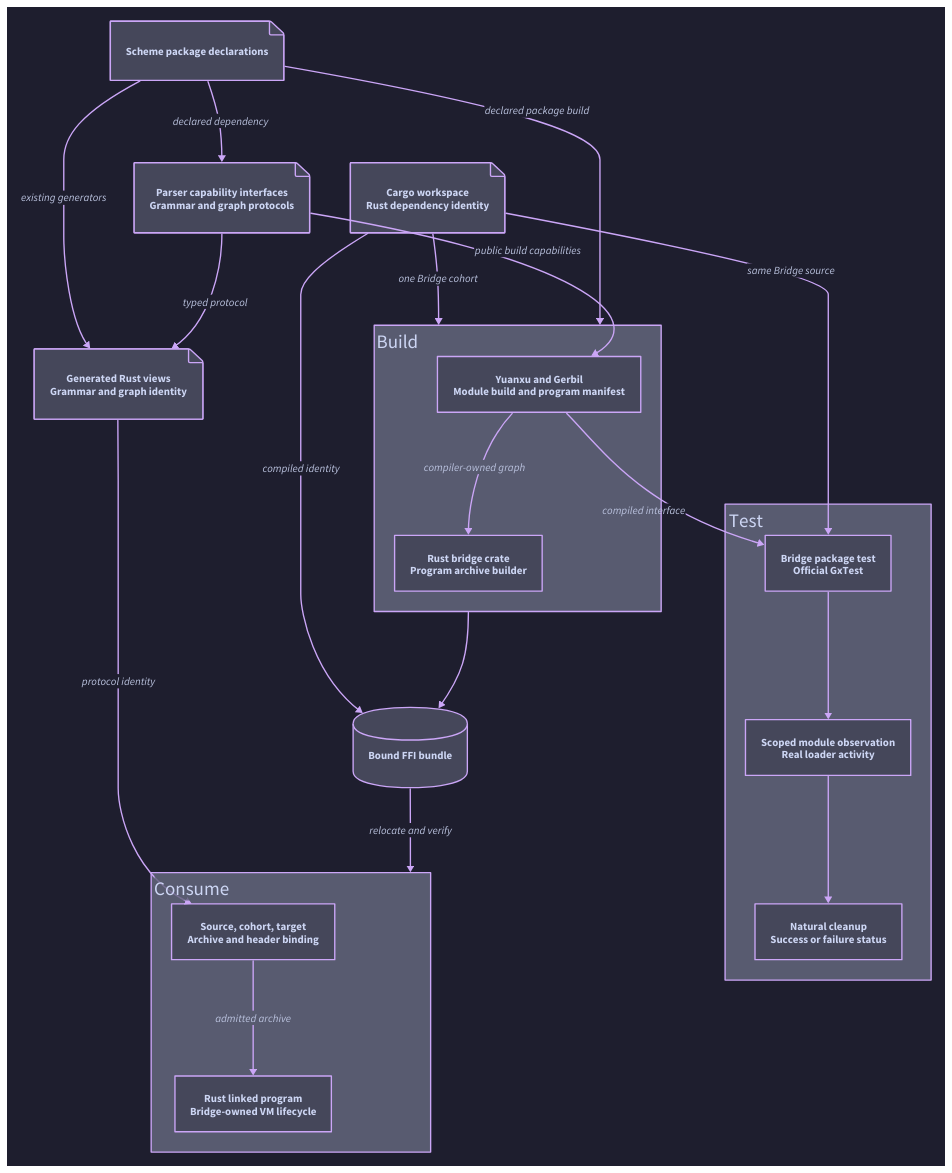
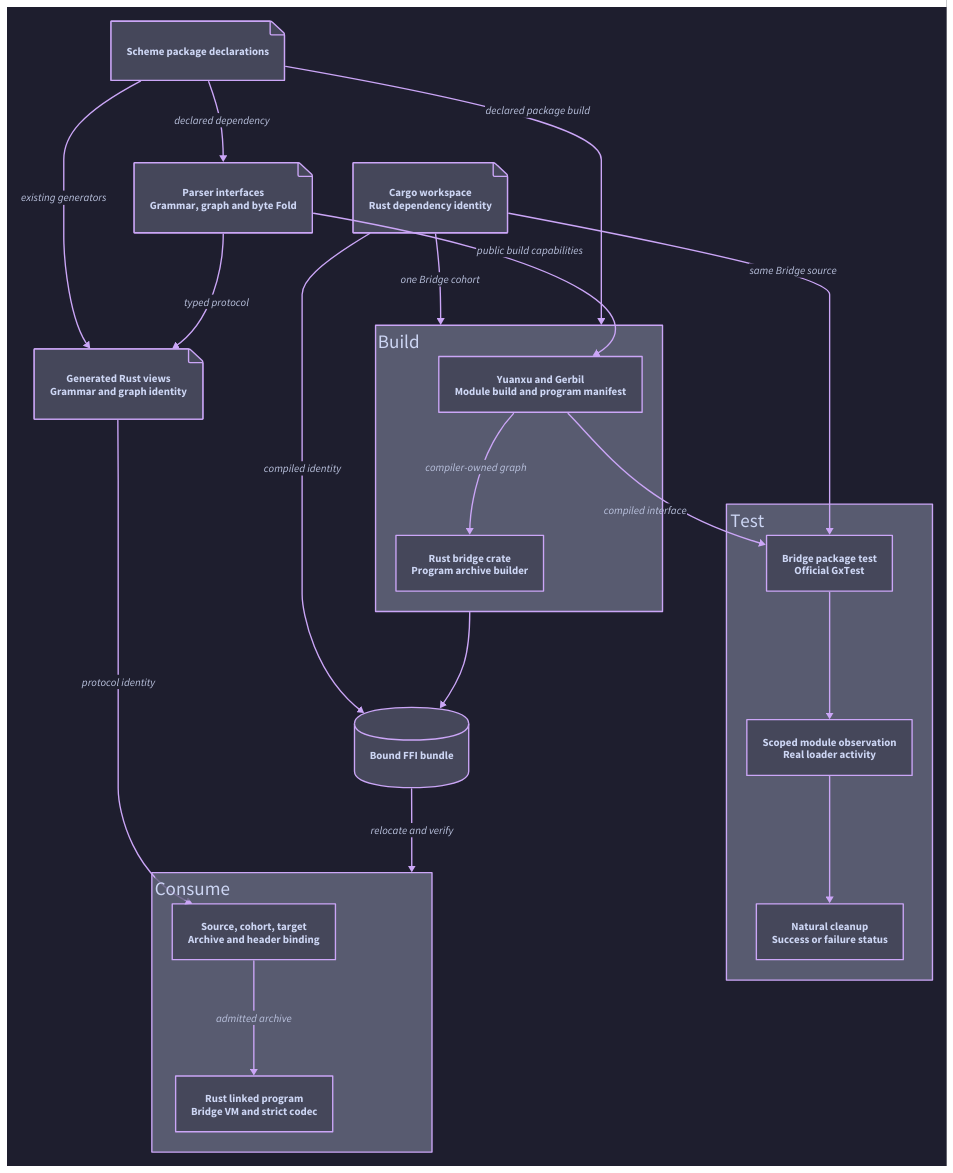
The diagram in docs/20_parser/20.09_cargo_bridge_ownership.d2 (tao3k/orgize), drawn with D2 before and after one commit. The commit also changed 10 other files, not shown here.

Commit message:
Compile fold sources once and preserve strict UTF-8 admission

```diff
--- a/docs/20_parser/20.09_cargo_bridge_ownership.d2
+++ b/docs/20_parser/20.09_cargo_bridge_ownership.d2
@@ -1,46 +1,46 @@
 direction: down
 vars: {d2-config: {theme-id: 200; pad: 32}}
 
 cargo: "Cargo workspace\nRust dependency identity" {shape: page}
 scheme: "Scheme package declarations" {shape: page}
-parser: "Parser capability interfaces\nGrammar and graph protocols" {shape: page}
+parser: "Parser interfaces\nGrammar, graph and byte Fold" {shape: page}
 producer: "Build" {
   label.near: top-left
   direction: right
   compiler: "Yuanxu and Gerbil\nModule build and program manifest"
   archive: "Rust bridge crate\nProgram archive builder"
   compiler -> archive: "compiler-owned graph"
 }
 products: "Generated Rust views\nGrammar and graph identity" {shape: page}
 bundle: "Bound FFI bundle" {shape: cylinder}
 consumer: "Consume" {
   label.near: top-left
   direction: right
   admission: "Source, cohort, target\nArchive and header binding"
-  runtime: "Rust linked program\nBridge-owned VM lifecycle"
+  runtime: "Rust linked program\nBridge VM and strict codec"
   admission -> runtime: "admitted archive"
 }
 
 scheme -> parser: "declared dependency"
 parser -> producer.compiler: "public build capabilities"
 scheme -> producer: "declared package build"
 cargo -> producer: "one Bridge cohort"
 producer -> bundle
 cargo -> bundle: "compiled identity"
 bundle -> consumer: "relocate and verify"
 
 parser -> products: "typed protocol"
 scheme -> products: "existing generators"
 products -> consumer.admission: "protocol identity"
 
 cli: "Test" {
   label.near: top-left
   direction: down
   owner: "Bridge package test\nOfficial GxTest"
   work: "Scoped module observation\nReal loader activity"
   cleanup: "Natural cleanup\nSuccess or failure status"
   owner -> work
   work -> cleanup
 }
 producer.compiler -> cli.owner: "compiled interface"
 cargo -> cli.owner: "same Bridge source"
```
